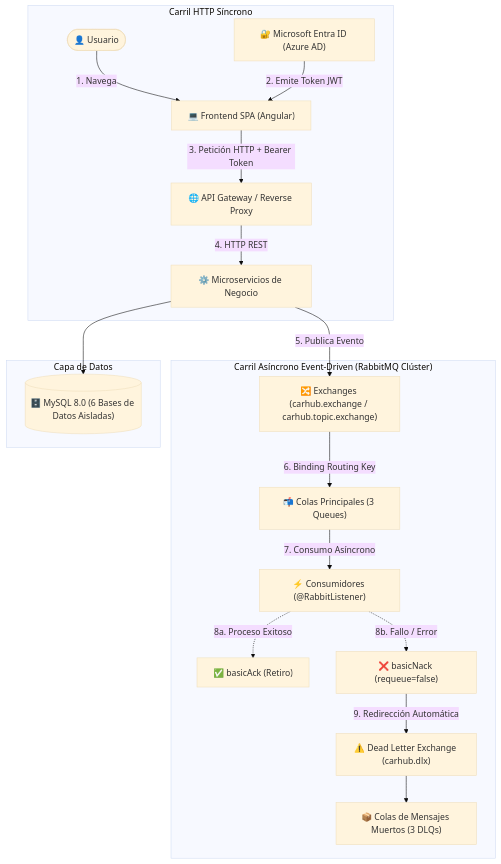
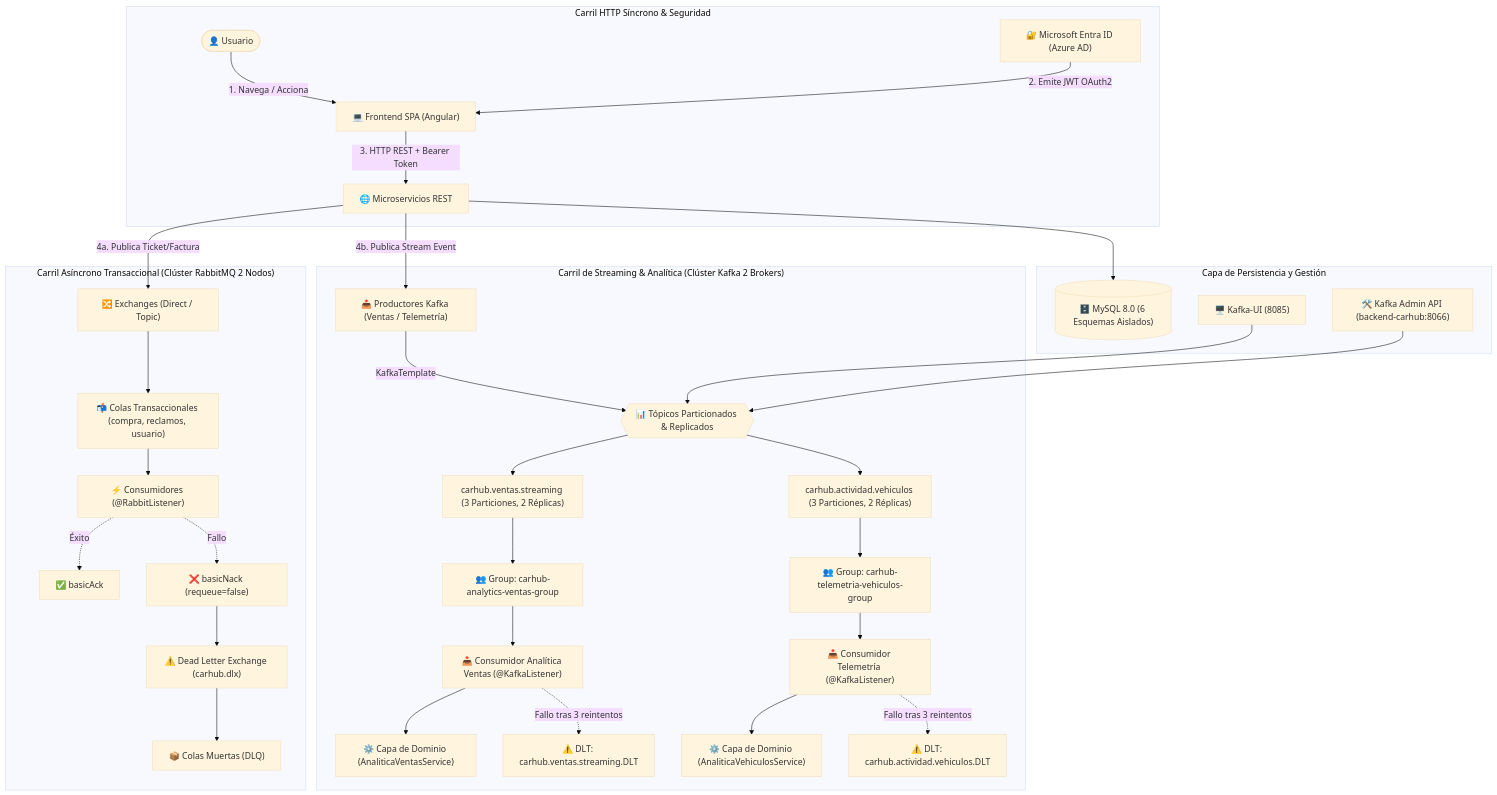
One commit to brunosanhueza/carhub-ms-oauth changed the diagram in README.md. Above: the diagram before and after it, drawn with Mermaid (base theme). The commit also changed other lines of this file and 40 other files, not shown here.

````diff
--- a/README.md
+++ b/README.md
@@ -26,23 +39,39 @@
 ```mermaid
 flowchart TD
-    subgraph Cliente_y_Seguridad["Carril HTTP Síncrono"]
-        User(["👤 Usuario"]) -->|1. Navega| FE["💻 Frontend SPA (Angular)"]
-        IdP["🔐 Microsoft Entra ID (Azure AD)"] -->|2. Emite Token JWT| FE
-        FE -->|3. Petición HTTP + Bearer Token| GW["🌐 API Gateway / Reverse Proxy"]
-        GW -->|4. HTTP REST| MS_PROD["⚙️ Microservicios de Negocio"]
+    subgraph Cliente_y_Seguridad["Carril HTTP Síncrono & Seguridad"]
+        User(["👤 Usuario"]) -->|1. Navega / Acciona| FE["💻 Frontend SPA (Angular)"]
+        IdP["🔐 Microsoft Entra ID (Azure AD)"] -->|2. Emite JWT OAuth2| FE
+        FE -->|3. HTTP REST + Bearer Token| GW["🌐 Microservicios REST"]
     end
 
-    subgraph Mensajeria["Carril Asíncrono Event-Driven (RabbitMQ Clúster)"]
-        MS_PROD -->|5. Publica Evento| EX["🔀 Exchanges (carhub.exchange / carhub.topic.exchange)"]
-        EX -->|6. Binding Routing Key| Q["📬 Colas Principales (3 Queues)"]
-        Q -->|7. Consumo Asíncrono| CONS["⚡ Consumidores (@RabbitListener)"]
-        CONS -.->|8a. Proceso Exitoso| ACK["✅ basicAck (Retiro)"]
-        CONS -.->|8b. Fallo / Error| NACK["❌ basicNack (requeue=false)"]
-        NACK -->|9. Redirección Automática| DLX["⚠️ Dead Letter Exchange (carhub.dlx)"]
-        DLX --> Q_DLQ["📦 Colas de Mensajes Muertos (3 DLQs)"]
+    subgraph Carril_RabbitMQ["Carril Asíncrono Transaccional (Clúster RabbitMQ 2 Nodos)"]
+        GW -->|4a. Publica Ticket/Factura| EX["🔀 Exchanges (Direct / Topic)"]
+        EX --> Q_TX["📬 Colas Transaccionales (compra, reclamos, usuario)"]
+        Q_TX --> CONS_RABBIT["⚡ Consumidores (@RabbitListener)"]
+        CONS_RABBIT -.->|Éxito| ACK["✅ basicAck"]
+        CONS_RABBIT -.->|Fallo| NACK["❌ basicNack (requeue=false)"]
+        NACK --> DLX["⚠️ Dead Letter Exchange (carhub.dlx)"]
+        DLX --> Q_DLQ["📦 Colas Muertas (DLQ)"]
     end
 
-    subgraph Persistencia["Capa de Datos"]
-        MS_PROD --> DB[("🗄️ MySQL 8.0 (6 Bases de Datos Aisladas)")]
+    subgraph Carril_Kafka["Carril de Streaming & Analítica (Clúster Kafka 2 Brokers)"]
+        GW -->|4b. Publica Stream Event| PROD_KAFKA["📤 Productores Kafka (Ventas / Telemetría)"]
+        PROD_KAFKA -->|KafkaTemplate| TOPICS{{"📊 Tópicos Particionados & Replicados"}}
+        TOPICS --> T1["carhub.ventas.streaming (3 Particiones, 2 Réplicas)"]
+        TOPICS --> T2["carhub.actividad.vehiculos (3 Particiones, 2 Réplicas)"]
+        T1 --> CG1["👥 Group: carhub-analytics-ventas-group"]
+        T2 --> CG2["👥 Group: carhub-telemetria-vehiculos-group"]
+        CG1 --> CONS_KAFKA1["📥 Consumidor Analítica Ventas (@KafkaListener)"]
+        CG2 --> CONS_KAFKA2["📥 Consumidor Telemetría (@KafkaListener)"]
+        CONS_KAFKA1 --> SVC_DOM1["⚙️ Capa de Dominio (AnaliticaVentasService)"]
+        CONS_KAFKA2 --> SVC_DOM2["⚙️ Capa de Dominio (AnaliticaVehiculosService)"]
+        CONS_KAFKA1 -.->|Fallo tras 3 reintentos| DLT1["⚠️ DLT: carhub.ventas.streaming.DLT"]
+        CONS_KAFKA2 -.->|Fallo tras 3 reintentos| DLT2["⚠️ DLT: carhub.actividad.vehiculos.DLT"]
+    end
+
+    subgraph Persistencia_y_Gestion["Capa de Persistencia y Gestión"]
+        GW --> DB[("🗄️ MySQL 8.0 (6 Esquemas Aislados)")]
+        KUI["🖥️ Kafka-UI (8085)"] --> TOPICS
+        ADMIN_API["🛠️ Kafka Admin API (backend-carhub:8066)"] --> TOPICS
     end
 ```
````
